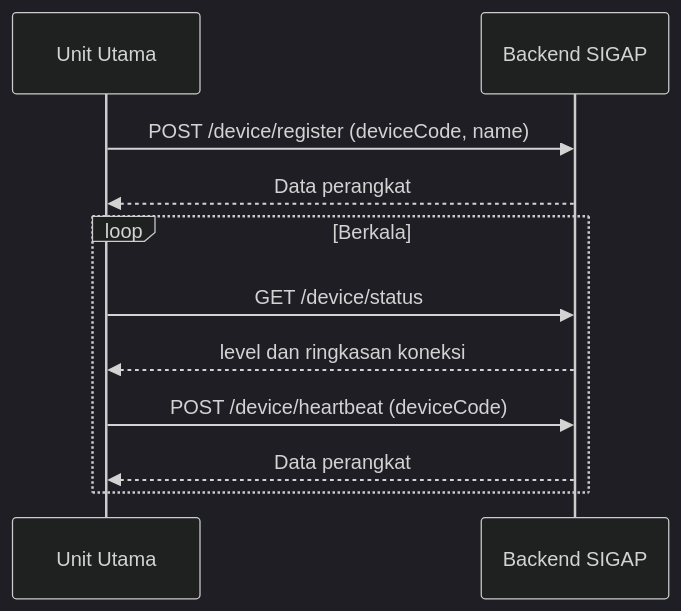
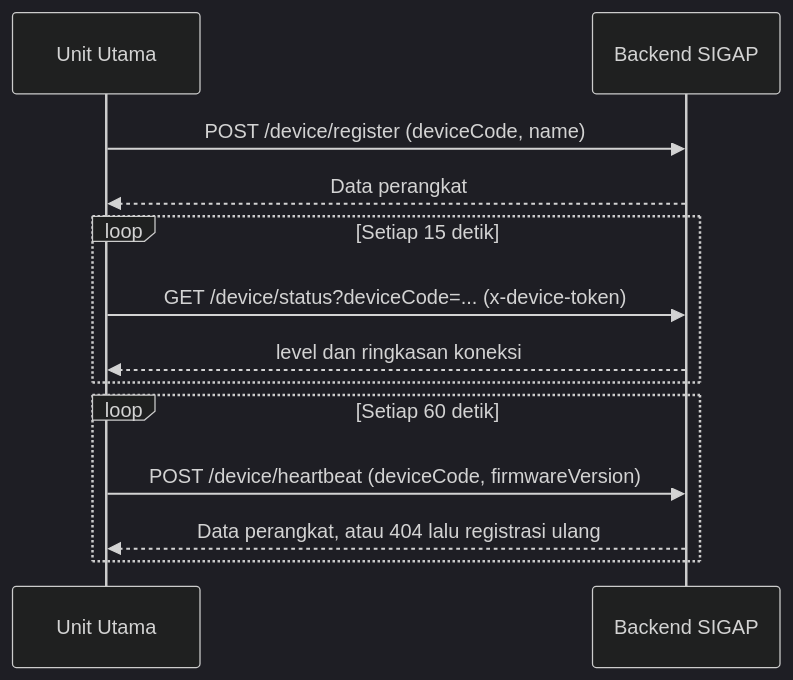
Before and after one commit to Vextronode/sigap_app: the diagram in docs/architecture/05_iot_architecture.md, drawn with Mermaid (dark theme). The commit also changed other lines of this file and 33 other files, not shown here.

First line of the commit message:
feat(firmware): firmware Unit Utama ESP32-C3 dan kontrak perangkat (ADR-052) (#132)

````diff
--- a/docs/architecture/05_iot_architecture.md
+++ b/docs/architecture/05_iot_architecture.md
@@ -17,14 +19,16 @@
 ```mermaid
 sequenceDiagram
     participant UU as Unit Utama
     participant BE as Backend SIGAP
 
     UU->>BE: POST /device/register (deviceCode, name)
     BE-->>UU: Data perangkat
-    loop Berkala
-        UU->>BE: GET /device/status
+    loop Setiap 15 detik
+        UU->>BE: GET /device/status?deviceCode=... (x-device-token)
         BE-->>UU: level dan ringkasan koneksi
-        UU->>BE: POST /device/heartbeat (deviceCode)
-        BE-->>UU: Data perangkat
+    end
+    loop Setiap 60 detik
+        UU->>BE: POST /device/heartbeat (deviceCode, firmwareVersion)
+        BE-->>UU: Data perangkat, atau 404 lalu registrasi ulang
     end
 ```
````
